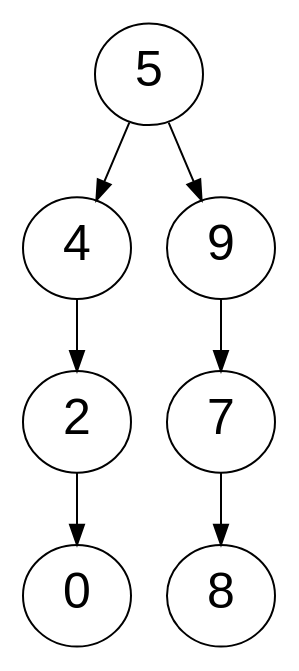
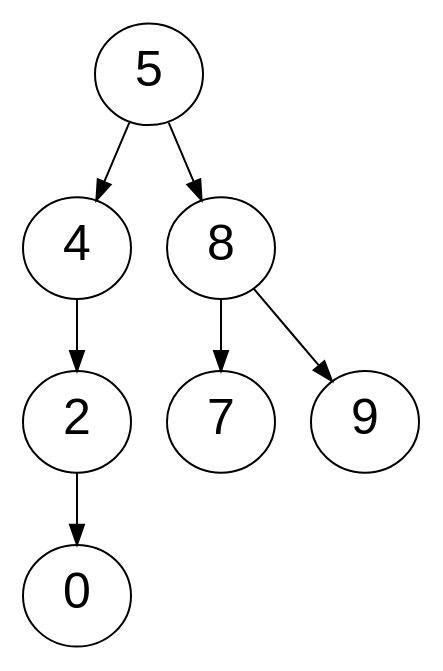
The diagram in doc/scala.io/2025/dots/flajolet-7-0245689.dot (jimka2001/scala-rte), drawn with Graphviz before and after one commit. The commit also changed 7 other files, not shown here.

```diff
--- a/doc/scala.io/2025/dots/flajolet-7-0245689.dot
+++ b/doc/scala.io/2025/dots/flajolet-7-0245689.dot
@@ -1,21 +1,21 @@
 digraph G {
   fontname=courier;
   rankdir=TB; graph[labeljust=l,nojustify=true]
   node [fontname=Arial, fontsize=25];
   edge [fontsize=20];
-N0 [label="0"]
+
 N2 [label="2"]
-
 N4 [label="4"]
 N5 [label="5"]
 N7 [label="7"]
 N8 [label="8"]
 N9 [label="9"]
-N7 -> N8
-N9 -> N7
-N5 -> N9
-N2 -> N0
+N0 [label="0"]
+N5 -> N8
+N8 -> N7
+N8 -> N9
+
 N4 -> N2
 N5 -> N4
-
+N2 -> N0
 }
```
